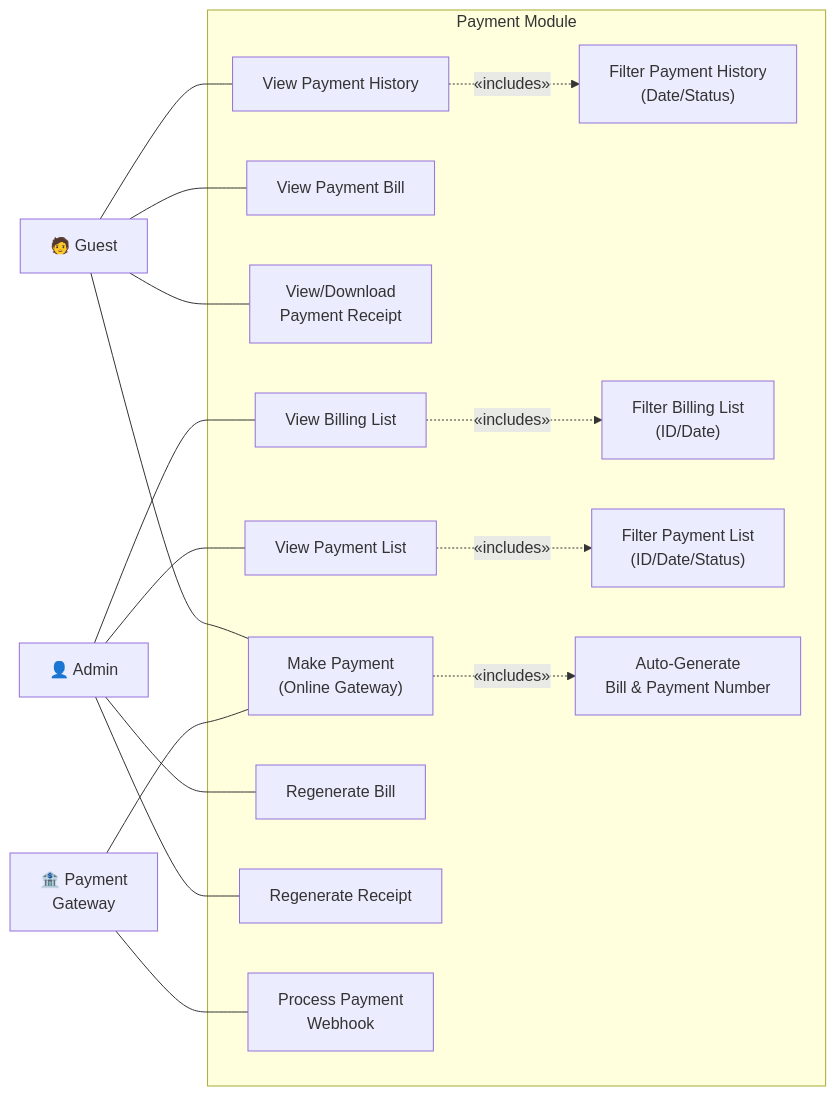
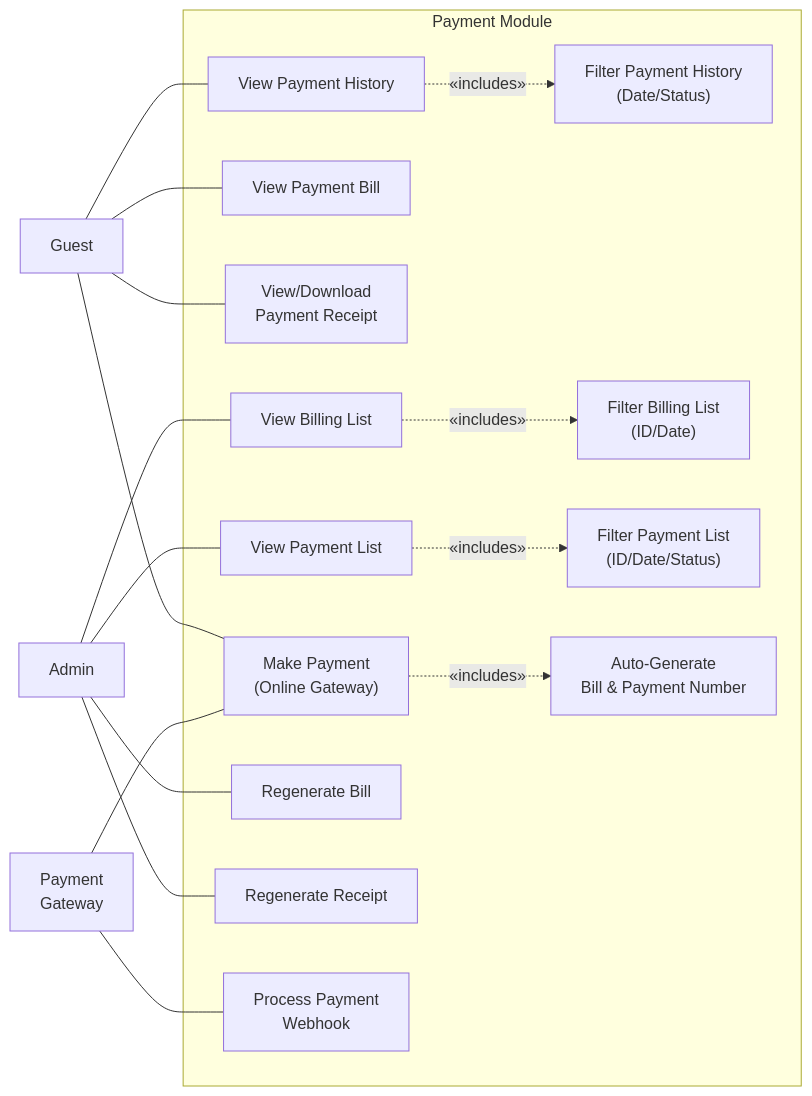
Before and after one commit to aisyahumairah/HomeLodge-Doc: the fifth of 12 diagrams in docs/dev/USE_CASE_DIAGRAMS.md, drawn with Mermaid. The commit also changed other lines of this file and 3 other files, not shown here.

````diff
--- a/docs/dev/USE_CASE_DIAGRAMS.md
+++ b/docs/dev/USE_CASE_DIAGRAMS.md
@@ -185,43 +226,43 @@
 ```mermaid
 flowchart LR
-    Guest["🧑 Guest"]
-    Admin["👤 Admin"]
-    PG["🏦 Payment\nGateway"]
+    Guest["Guest"]
+    Admin["Admin"]
+    PG["Payment\nGateway"]
 
     subgraph Payment Module
         UC1["Make Payment\n(Online Gateway)"]
         UC2["View Payment Bill"]
         UC3["View/Download\nPayment Receipt"]
         UC4["View Payment History"]
         UC5["Filter Payment History\n(Date/Status)"]
 
         UC6["View Billing List"]
         UC7["Filter Billing List\n(ID/Date)"]
         UC8["View Payment List"]
         UC9["Filter Payment List\n(ID/Date/Status)"]
         UC10["Regenerate Bill"]
         UC11["Regenerate Receipt"]
 
         UC12["Auto-Generate\nBill & Payment Number"]
         UC13["Process Payment\nWebhook"]
     end
 
     Guest --- UC1
     Guest --- UC2
     Guest --- UC3
     Guest --- UC4
 
     UC4 -. "«includes»" .-> UC5
 
     Admin --- UC6
     Admin --- UC8
     Admin --- UC10
     Admin --- UC11
 
     UC6 -. "«includes»" .-> UC7
     UC8 -. "«includes»" .-> UC9
 
     UC1 -. "«includes»" .-> UC12
     PG --- UC13
     PG --- UC1
 ```
````
